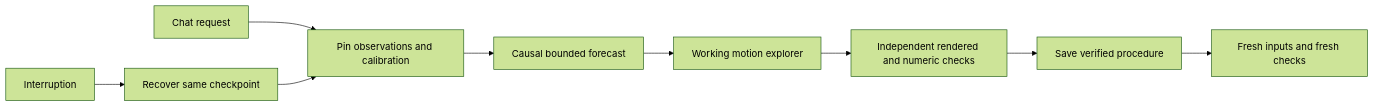
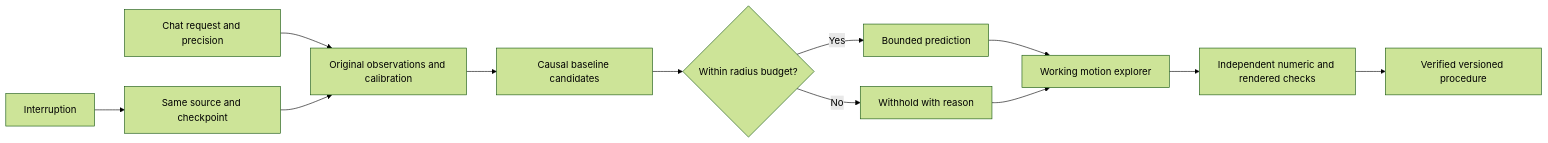
One commit to eyeoverthink/Fraynix-Agent-Workspace changed the diagram in README.md. Above: the diagram before and after it, drawn with Mermaid (forest theme). The commit also changed other lines of this file and 335 other files, not shown here.

Commit message:
Document edition 129 tracking decisions and forecast precision with retained evidence

````diff
--- a/README.md
+++ b/README.md
@@ -32,11 +44,14 @@
 ```mermaid
 flowchart LR
-    R[Chat request] --> O[Pin observations and calibration]
-    O --> F[Causal bounded forecast]
-    F --> A[Working motion explorer]
-    A --> V[Independent rendered and numeric checks]
-    V --> S[Save verified procedure]
-    I[Interruption] --> C[Recover same checkpoint]
+    R[Chat request and precision] --> O[Original observations and calibration]
+    O --> F[Causal baseline candidates]
+    F --> B{Within radius budget?}
+    B -->|Yes| P[Bounded prediction]
+    B -->|No| W[Withhold with reason]
+    P --> A[Working motion explorer]
+    W --> A
+    A --> V[Independent numeric and rendered checks]
+    V --> S[Verified versioned procedure]
+    I[Interruption] --> C[Same source and checkpoint]
     C --> O
-    S --> N[Fresh inputs and fresh checks]
 ```
````
